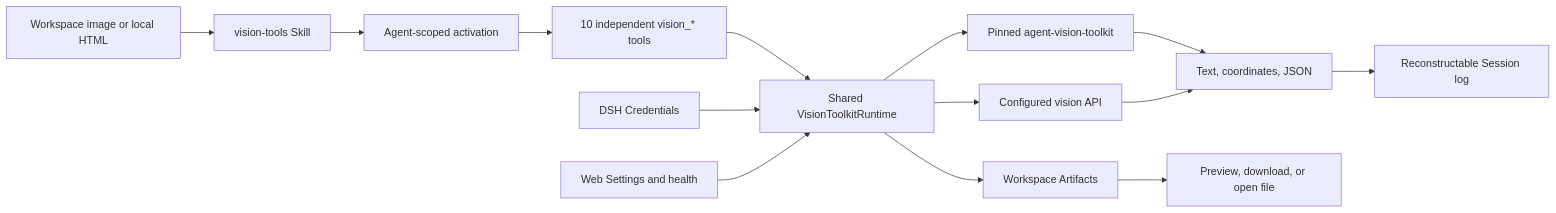
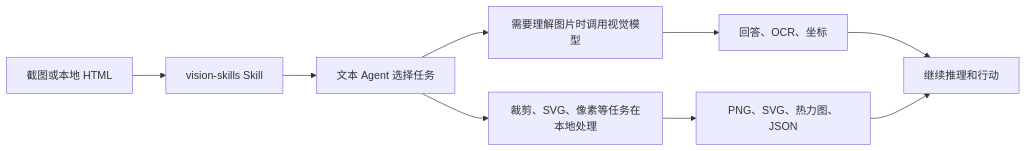
Before and after one commit to LoserFox/marisa-distro: the diagram in plugins/dsh-vision-toolkit/README.zh.md, drawn with Mermaid. The commit also changed other lines of this file and 8826 other files, not shown here.

````diff
--- a/plugins/dsh-vision-toolkit/README.zh.md
+++ b/plugins/dsh-vision-toolkit/README.zh.md
@@ -103,16 +208,11 @@
 ```mermaid
 flowchart LR
-    User["Workspace image or local HTML"] --> Skill["vision-tools Skill"]
-    Skill --> Activate["Agent-scoped activation"]
-    Activate --> Tools["10 independent vision_* tools"]
-    Tools --> Runtime["Shared VisionToolkitRuntime"]
-    Credentials["DSH Credentials"] --> Runtime
-    Settings["Web Settings and health"] --> Runtime
-    Runtime --> Upstream["Pinned agent-vision-toolkit"]
-    Runtime --> Remote["Configured vision API"]
-    Upstream --> Result["Text, coordinates, JSON"]
-    Remote --> Result
-    Runtime --> Artifacts["Workspace Artifacts"]
-    Result --> Session["Reconstructable Session log"]
-    Artifacts --> Web["Preview, download, or open file"]
+    Image["截图或本地 HTML"] --> Skill["vision-skills Skill"]
+    Skill --> Agent["文本 Agent 选择任务"]
+    Agent --> Vision["需要理解图片时调用视觉模型"]
+    Agent --> Local["裁剪、SVG、像素等任务在本地处理"]
+    Vision --> Result["回答、OCR、坐标"]
+    Local --> Artifact["PNG、SVG、热力图、JSON"]
+    Result --> Session["继续推理和行动"]
+    Artifact --> Session
 ```
````
